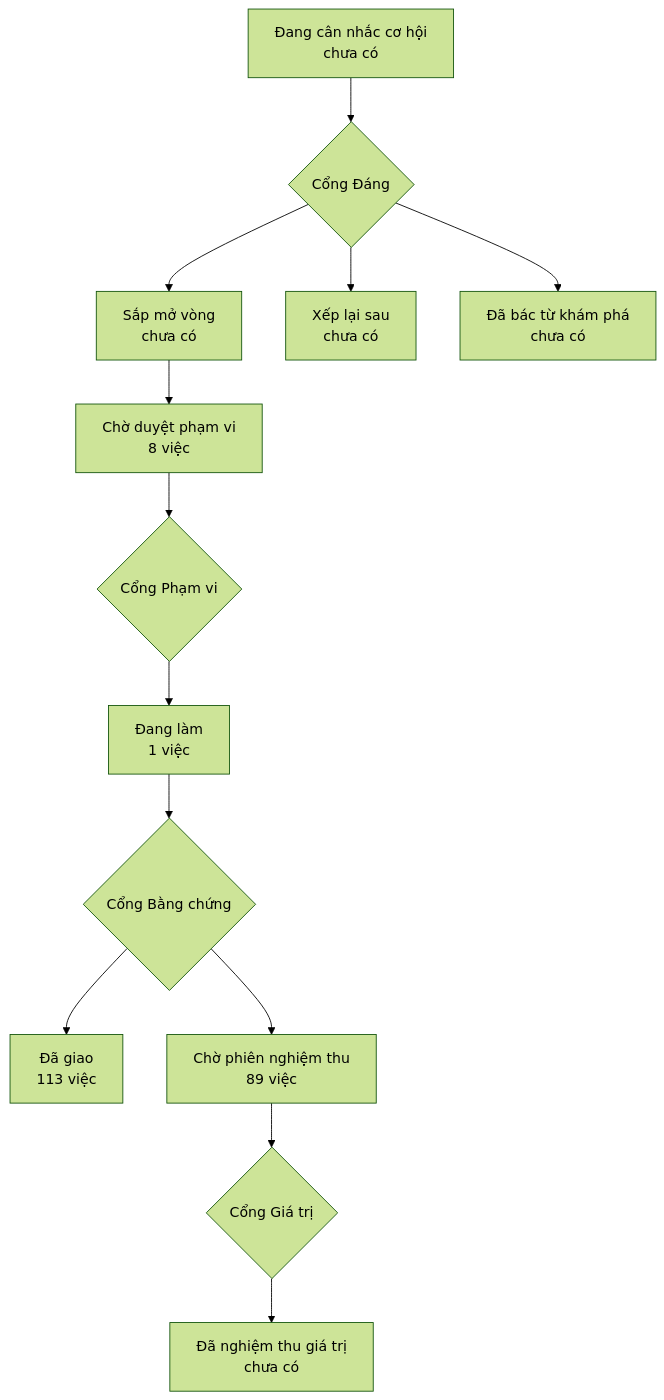
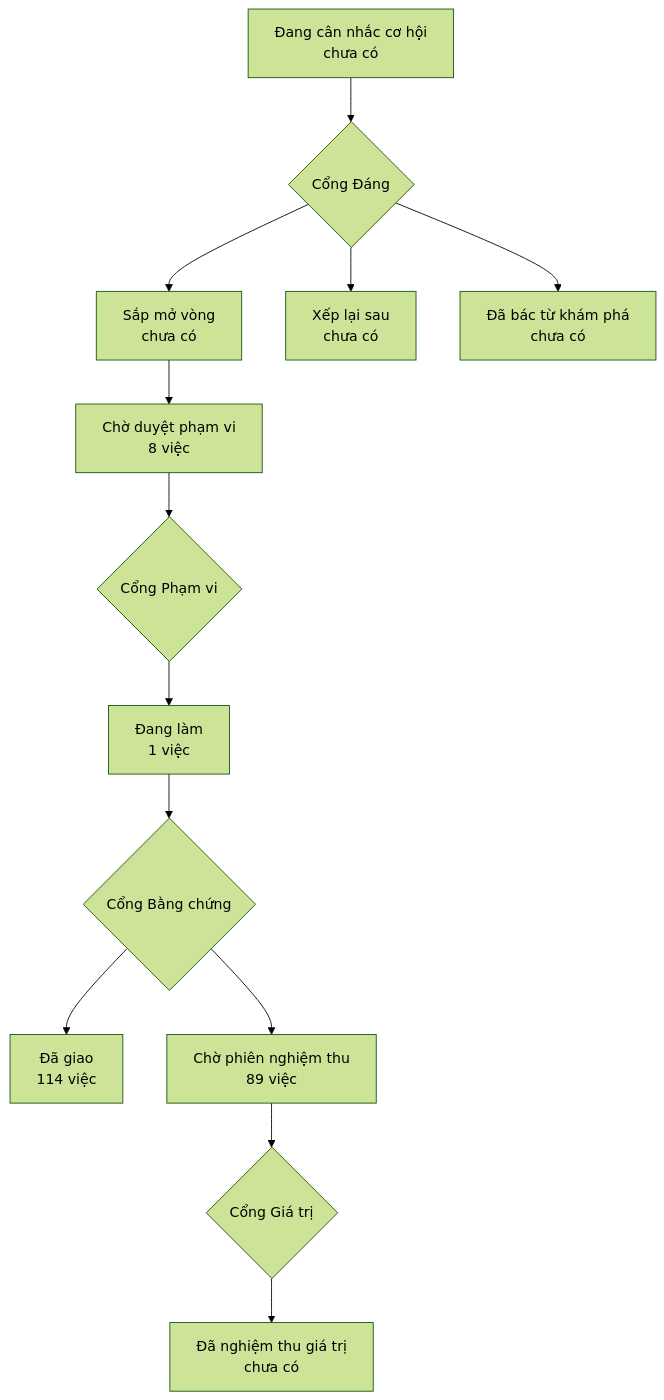
Before and after one commit to phanlemanh/onehub-invest: the diagram in PRODUCT-MAP.md, drawn with Mermaid (forest theme). The commit also changed other lines of this file and 1 other file, not shown here.

Commit message:
chore(seller-ref-theo-nguoi-gui): vẽ lại bản đồ sau gộp main fcc42f9c

````diff
--- a/PRODUCT-MAP.md
+++ b/PRODUCT-MAP.md
@@ -7,12 +7,12 @@
 ```mermaid
 flowchart TD
   A["Đang cân nhắc cơ hội<br/>chưa có"] --> GD{"Cổng Đáng"}
   GD --> B["Sắp mở vòng<br/>chưa có"]
   GD --> XL["Xếp lại sau<br/>chưa có"]
   GD --> DB["Đã bác từ khám phá<br/>chưa có"]
   B --> CD["Chờ duyệt phạm vi<br/>8 việc"] --> GP{"Cổng Phạm vi"}
   GP --> DL["Đang làm<br/>1 việc"] --> GB{"Cổng Bằng chứng"}
-  GB --> DG["Đã giao<br/>113 việc"]
+  GB --> DG["Đã giao<br/>114 việc"]
   GB --> CN["Chờ phiên nghiệm thu<br/>89 việc"] --> GG{"Cổng Giá trị"}
   GG --> NT["Đã nghiệm thu giá trị<br/>chưa có"]
 ```
````
